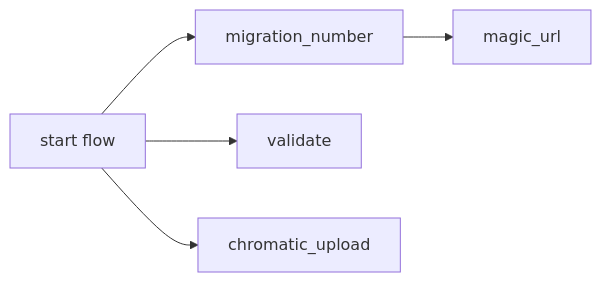
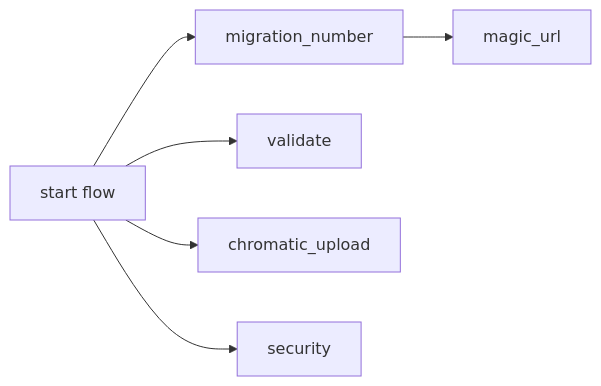
One commit to JupiterOne/.github changed the second of 3 diagrams in .github/workflows/docs/frontend/frontend_runtime_utility_pr.md. Above: the diagram before and after it, drawn with Mermaid. The commit also changed other lines of this file and 21 other files, not shown here.

````diff
--- a/.github/workflows/docs/frontend/frontend_runtime_utility_pr.md
+++ b/.github/workflows/docs/frontend/frontend_runtime_utility_pr.md
@@ -77,13 +79,15 @@
 ```mermaid
 graph LR;
     A[start flow];
     B[migration_number];
     C[magic_url];
     D[validate];
     E[chromatic_upload];
+    F[security];
 
     A --> B;
     A --> D;
     A --> E;
+    A --> F;
     B --> C;
 ```
````
